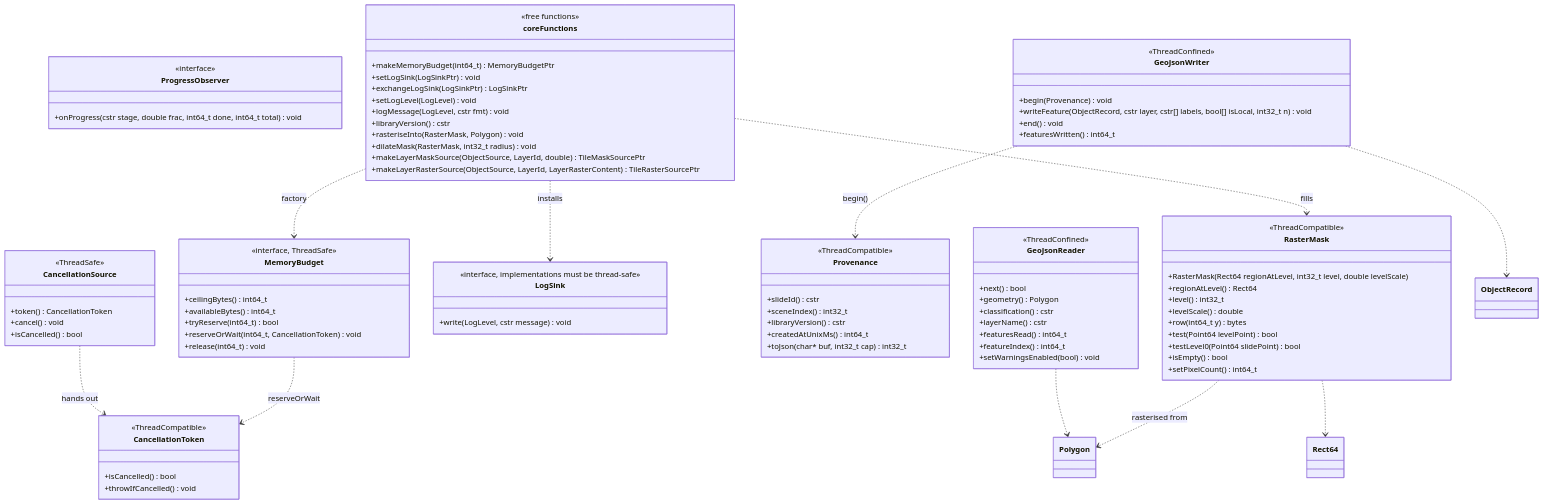
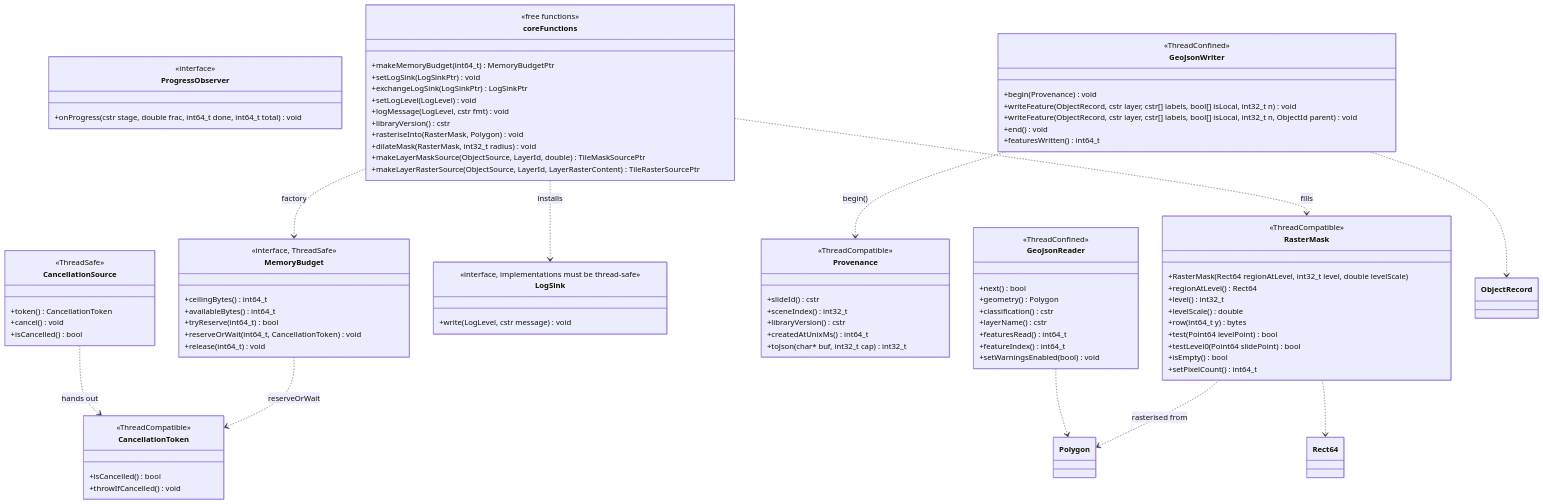
One commit to Booritas/slideio-processor changed the fifth of 14 diagrams in docs/superpowers/specs/sds/08-class-diagrams.md. Above: the diagram before and after it, drawn with Mermaid. The commit also changed 5 other files, not shown here.

```diff
--- a/docs/superpowers/specs/sds/08-class-diagrams.md
+++ b/docs/superpowers/specs/sds/08-class-diagrams.md
@@ -542,6 +542,7 @@
         <<ThreadConfined>>
         +begin(Provenance) void
         +writeFeature(ObjectRecord, cstr layer, cstr[] labels, bool[] isLocal, int32_t n) void
+        +writeFeature(ObjectRecord, cstr layer, cstr[] labels, bool[] isLocal, int32_t n, ObjectId parent) void
         +end() void
         +featuresWritten() int64_t
     }
```
